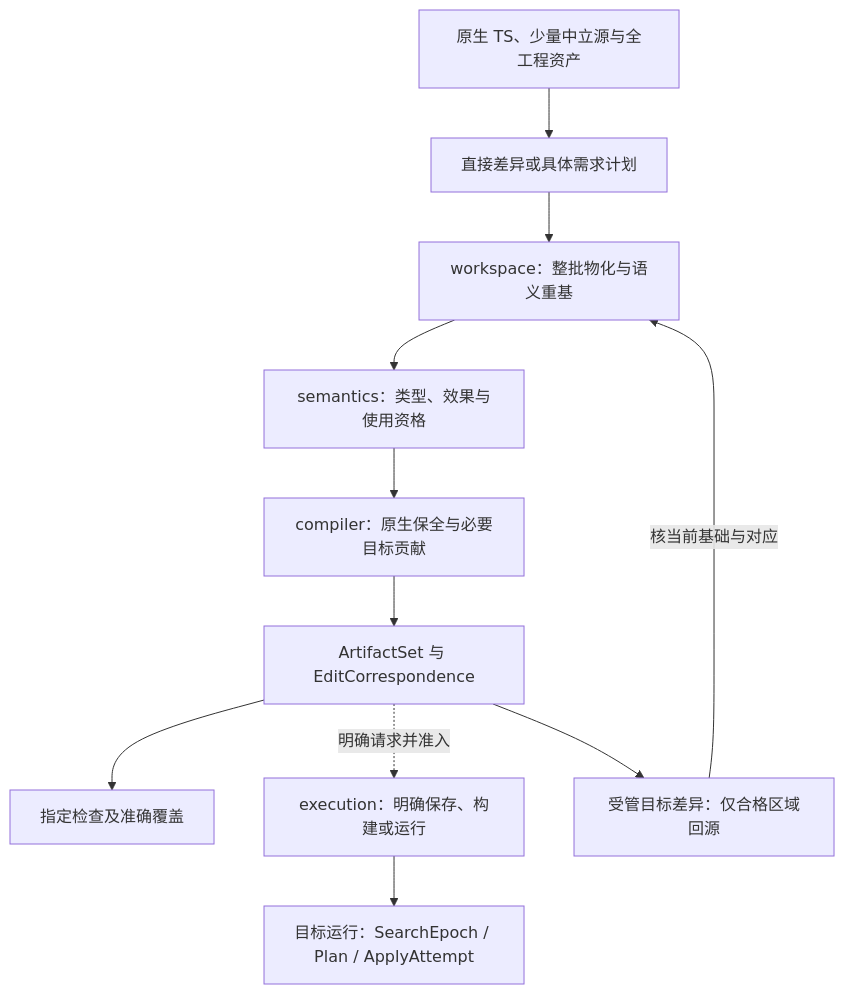
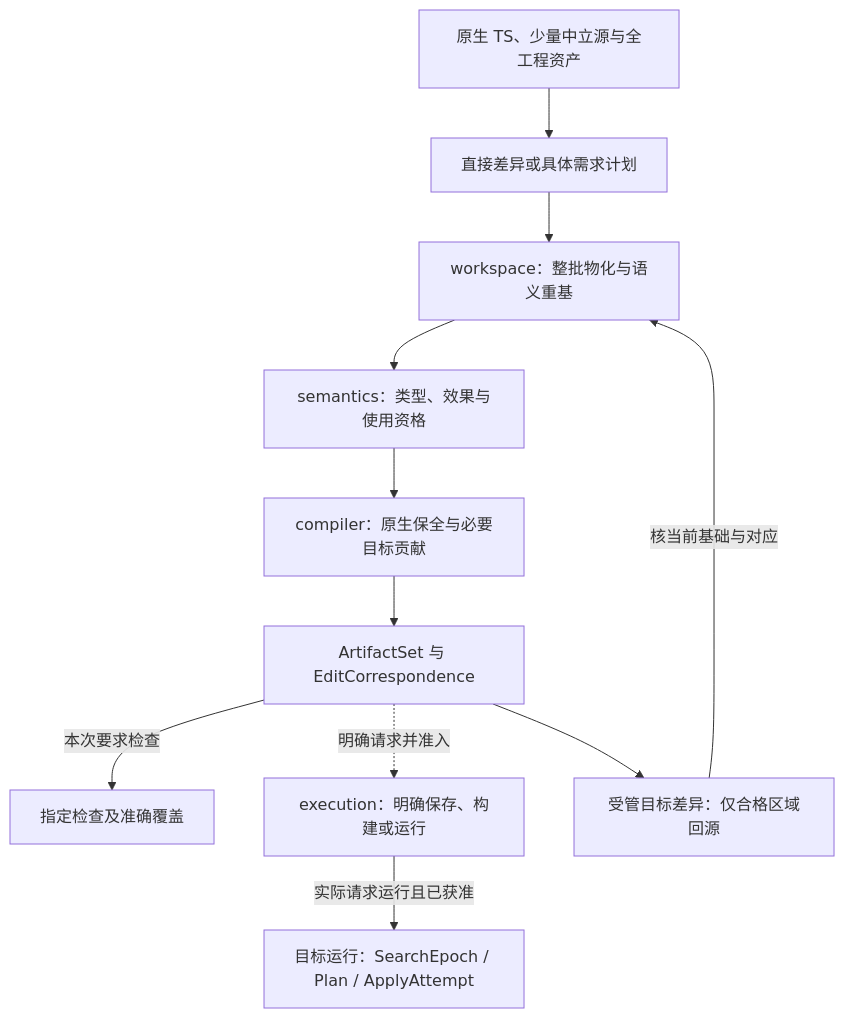
One commit to sec-platform/sec changed the sixth of 6 diagrams in examples/原生维护/Code-OSS搜索替换.md. Above: the diagram before and after it, drawn with Mermaid. The commit also changed other lines of this file and 122 other files, not shown here.

First line of the commit message:
docs: unify system diagrams and remove redundant design text (#882)

````diff
--- a/examples/原生维护/Code-OSS搜索替换.md
+++ b/examples/原生维护/Code-OSS搜索替换.md
@@ -548,23 +548,23 @@
 ```mermaid
 flowchart TB
  A["原生 TS、少量中立源与全工程资产"]
  B["直接差异或具体需求计划"]
  C["workspace：整批物化与语义重基"]
  D["semantics：类型、效果与使用资格"]
  E["compiler：原生保全与必要目标贡献"]
  F["ArtifactSet 与 EditCorrespondence"]
  G["指定检查及准确覆盖"]
  H["execution：明确保存、构建或运行"]
  I["目标运行：SearchEpoch / Plan / ApplyAttempt"]
  J["受管目标差异：仅合格区域回源"]
  A --> B
  B --> C
  C --> D
  D --> E
  E --> F
- F --> G
+ F -->|本次要求检查| G
  F -. "明确请求并准入" .-> H
- H --> I
+ H -->|实际请求运行且已获准| I
  F --> J
  J -->|核当前基础与对应| C
 ```
````
